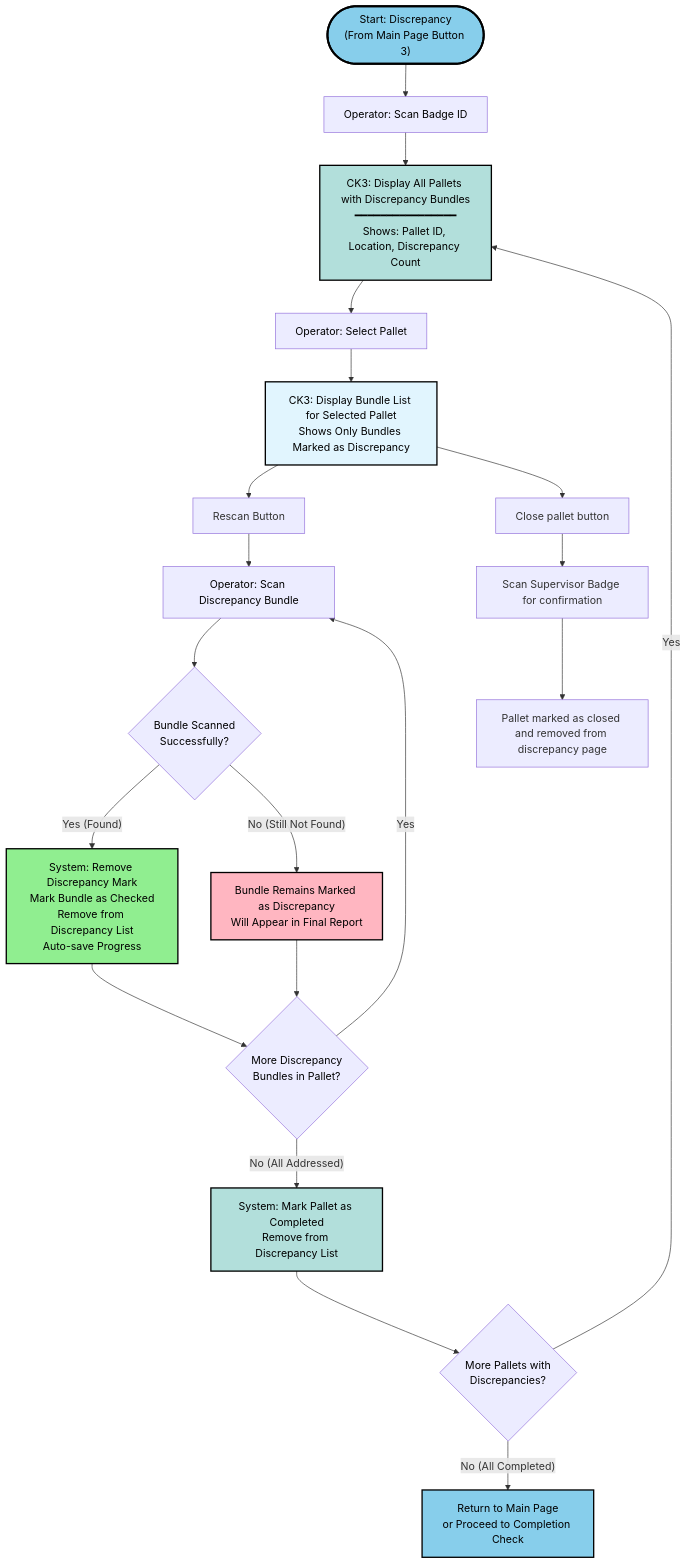
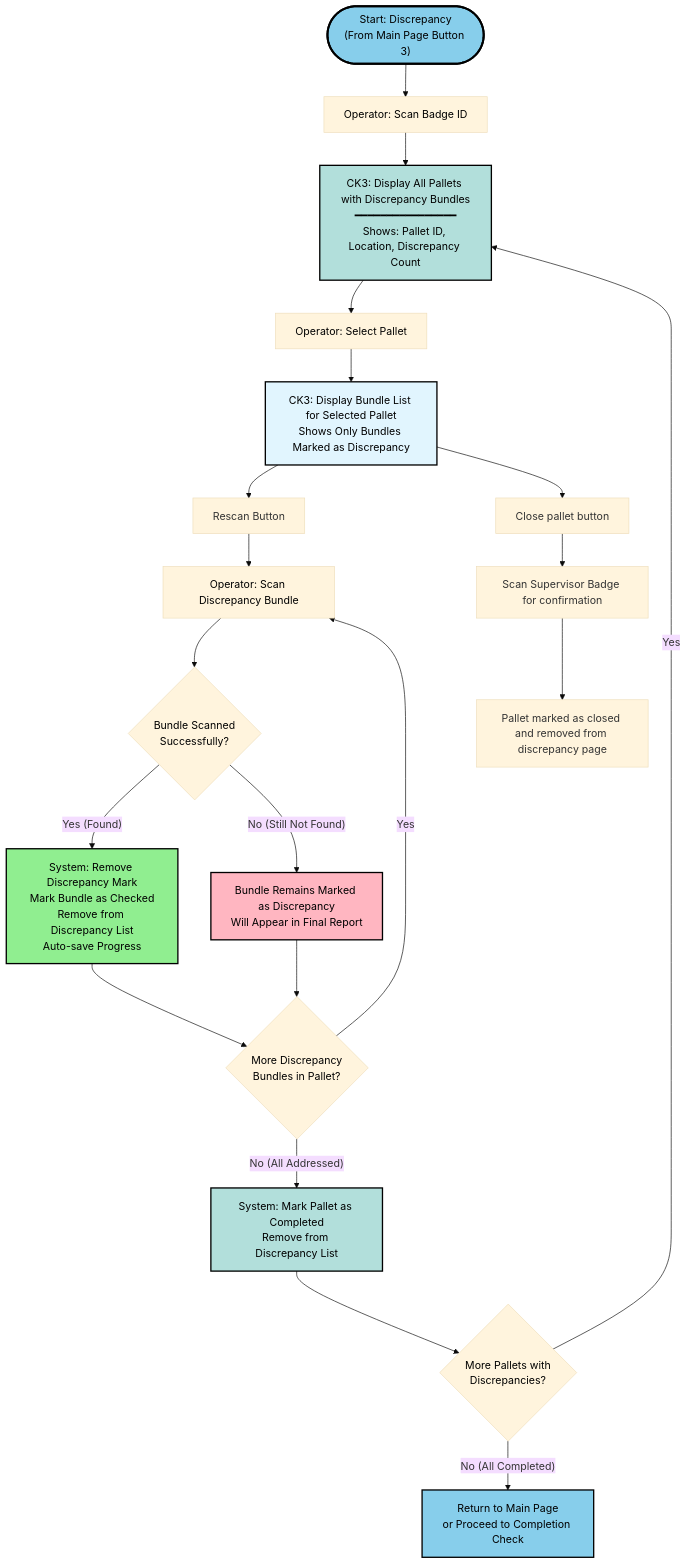
The ninth of 11 diagrams in workflow.md (kohjs/RMC-Cycle-Count), drawn with Mermaid before and after one commit. The commit also changed other lines of this file, not shown here.

Commit message:
theme changes

````diff
--- a/workflow.md
+++ b/workflow.md
@@ -287,35 +291,36 @@
 ```mermaid
+%%{init: {'theme':'base'}}%%
 flowchart TB
     Start(["Start: Discrepancy<br>(From Main Page Button 3)"]) --> n1["Operator: Scan Badge ID"]
     n1 --> n2["CK3: Display All Pallets with Discrepancy Bundles<br>━━━━━━━━━━━━━━━━<br>Shows: Pallet ID, Location, Discrepancy Count"]
     n2 --> n3["Operator: Select Pallet"]
     n3 --> n4["CK3: Display Bundle List for Selected Pallet<br>Shows Only Bundles Marked as Discrepancy"]
     n4 --> n13["Rescan Button"] & n14["Close pallet button"]
     n5["Operator: Scan Discrepancy Bundle"] --> n6{"Bundle Scanned<br>Successfully?"}
     n6 -- Yes (Found) --> n7["System: Remove Discrepancy Mark<br>Mark Bundle as Checked<br>Remove from Discrepancy List<br>Auto-save Progress"]
     n6 -- No (Still Not Found) --> n8["Bundle Remains Marked as Discrepancy<br>Will Appear in Final Report"]
     n7 --> n9{"More Discrepancy<br>Bundles in Pallet?"}
     n8 --> n9
     n9 -- Yes --> n5
     n9 -- No (All Addressed) --> n10["System: Mark Pallet as Completed<br>Remove from Discrepancy List"]
     n10 --> n11{"More Pallets with<br>Discrepancies?"}
     n11 -- Yes --> n2
     n11 -- No (All Completed) --> n12["Return to Main Page<br>or Proceed to Completion Check"]
     n13 --> n5
     n14 --> n15["Scan Supervisor Badge for confirmation"]
     n15 --> n16["Pallet marked as closed and removed from discrepancy page"]
 
     style Start fill:#87CEEB,stroke:#000,stroke-width:3px,color:#000
     style n1 color:#000
     style n2 fill:#B2DFDB,stroke:#000,stroke-width:2px,color:#000
     style n3 color:#000
     style n4 fill:#E1F5FE,stroke:#000,stroke-width:2px,color:#000
     style n5 color:#000
     style n6 color:#000
     style n7 fill:#90EE90,stroke:#000,stroke-width:2px,color:#000
     style n8 fill:#FFB6C1,stroke:#000,stroke-width:2px,color:#000
     style n9 color:#000
     style n10 fill:#B2DFDB,stroke:#000,stroke-width:2px,color:#000
     style n11 color:#000
     style n12 fill:#87CEEB,stroke:#000,stroke-width:2px,color:#000
 ```
````
